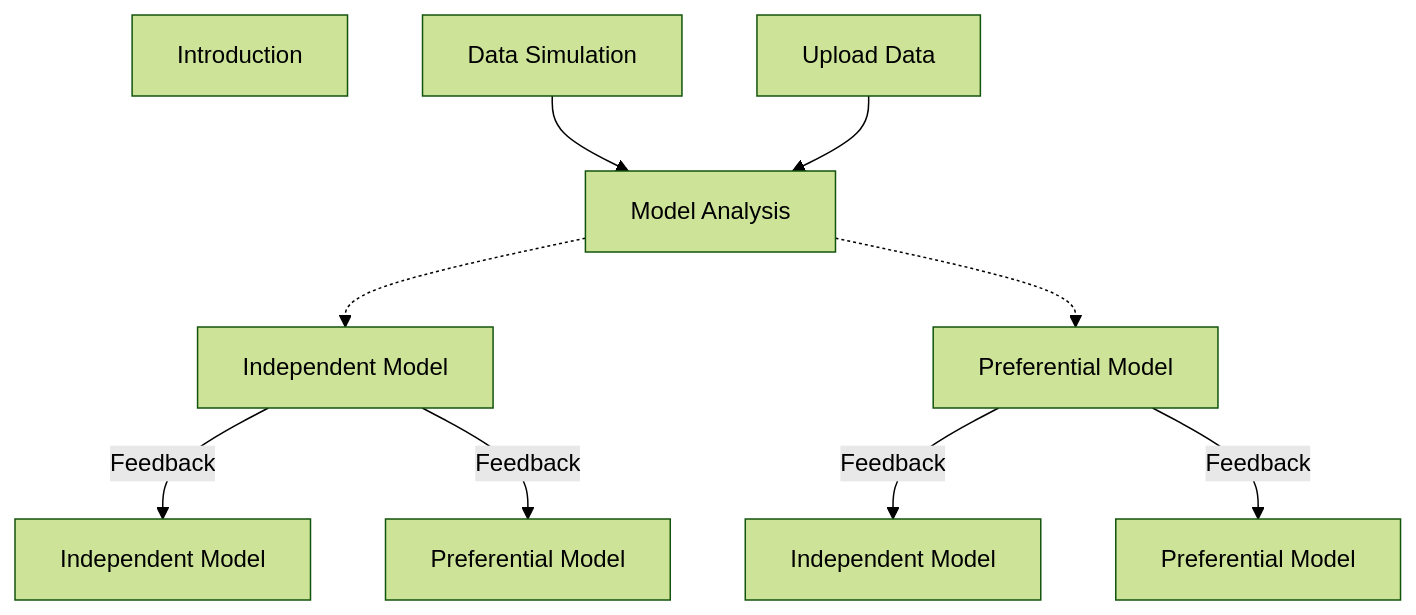
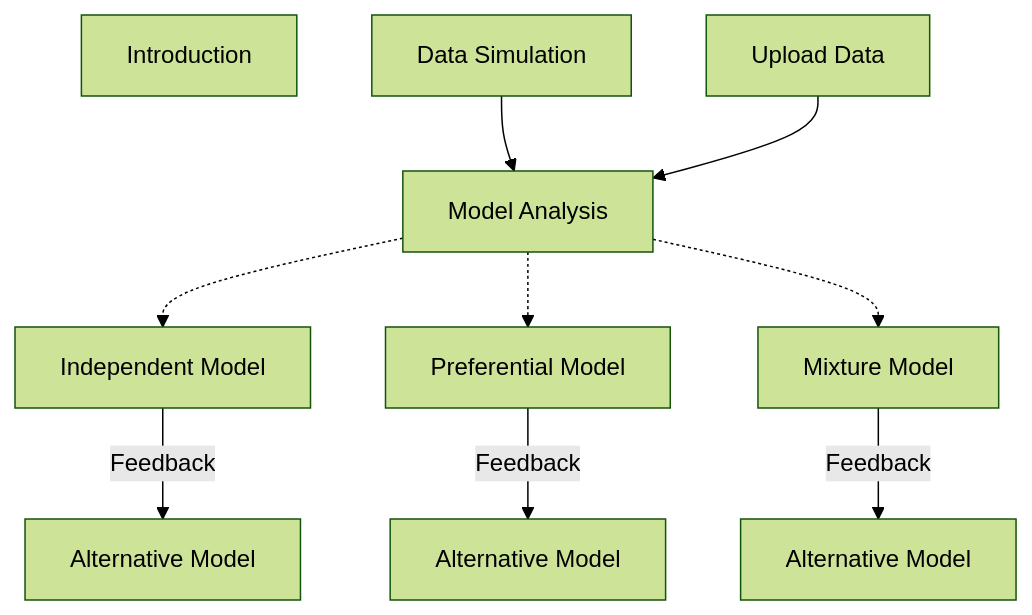
One commit to MarioFigueiraP/ShinyAppSpatialModelFeedback changed the diagram in README.md. Above: the diagram before and after it, drawn with Mermaid (forest theme). The commit also changed other lines of this file, not shown here.

````diff
--- a/README.md
+++ b/README.md
@@ -48,12 +48,12 @@
 ```mermaid
 flowchart TD
     A[Introduction]
     B[Data Simulation]-->D[Model Analysis]
     C[Upload Data]-->D[Model Analysis]
     D[Model Analysis]-.->E[Independent Model]
     D[Model Analysis]-.->F[Preferential Model]
-    E-- Feedback --> G[Independent Model]
-    E-- Feedback --> H[Preferential Model]
-    F-- Feedback --> I[Independent Model]
-    F-- Feedback --> J[Preferential Model]
+    D[Model Analysis]-.->G[Mixture Model] 
+    E-- Feedback --> H[Alternative Model]
+    F-- Feedback --> I[Alternative Model]
+    G-- Feedback --> J[Alternative Model]
 ```
````
